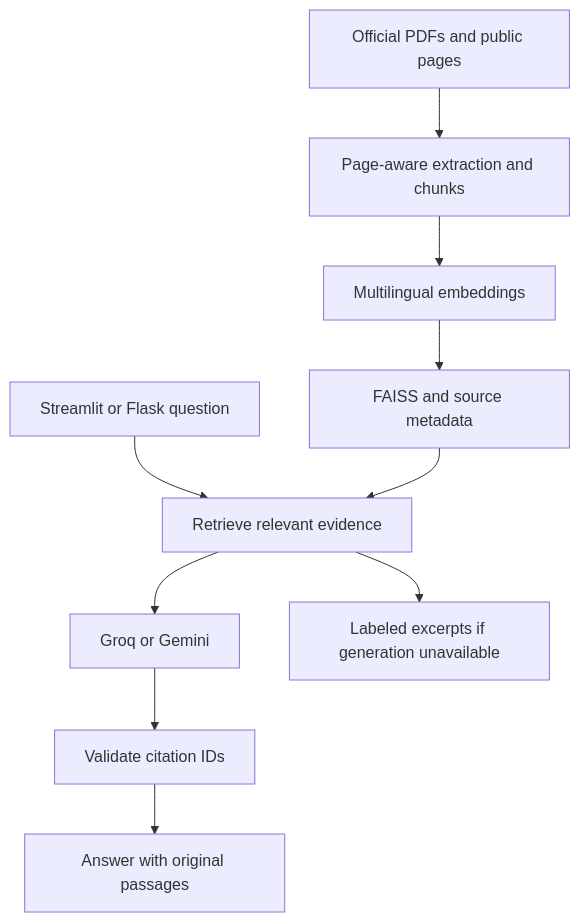
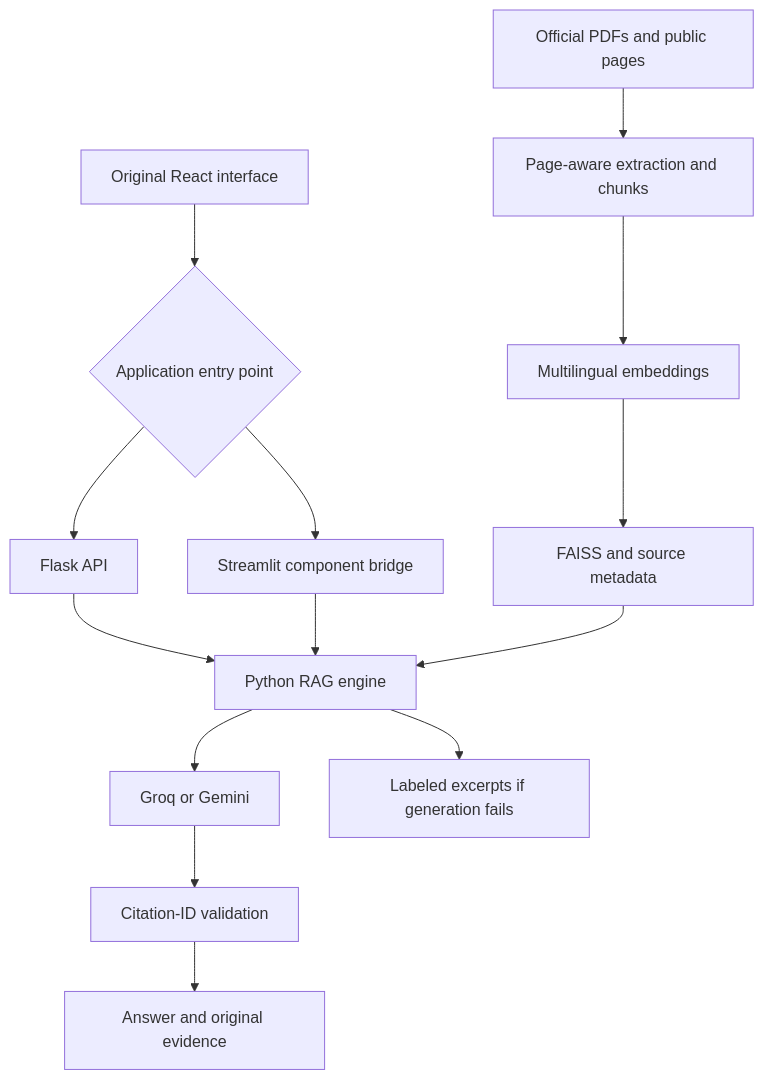
Before and after one commit to Aayush-dev247/Scheme-Saathi: the diagram in README.md, drawn with Mermaid. The commit also changed other lines of this file and 7 other files, not shown here.

Commit message:
Update original React UI for Streamlit and documentation

````diff
--- a/README.md
+++ b/README.md
@@ -107,12 +115,19 @@
 ```mermaid
 flowchart TD
     A["Official PDFs and public pages"] --> B["Page-aware extraction and chunks"]
     B --> C["Multilingual embeddings"]
     C --> D["FAISS and source metadata"]
-    E["Streamlit or Flask question"] --> F["Retrieve relevant evidence"]
-    D --> F
-    F --> G["Groq or Gemini"]
-    G --> H["Validate citation IDs"]
-    H --> I["Answer with original passages"]
-    F --> J["Labeled excerpts if generation unavailable"]
+
+    E["Original React interface"] --> F{"Application entry point"}
+    F --> G["Flask API"]
+    F --> H["Streamlit component bridge"]
+
+    G --> I["Python RAG engine"]
+    H --> I
+    D --> I
+
+    I --> J["Groq or Gemini"]
+    J --> K["Citation-ID validation"]
+    K --> L["Answer and original evidence"]
+    I --> M["Labeled excerpts if generation fails"]
 ```
````
